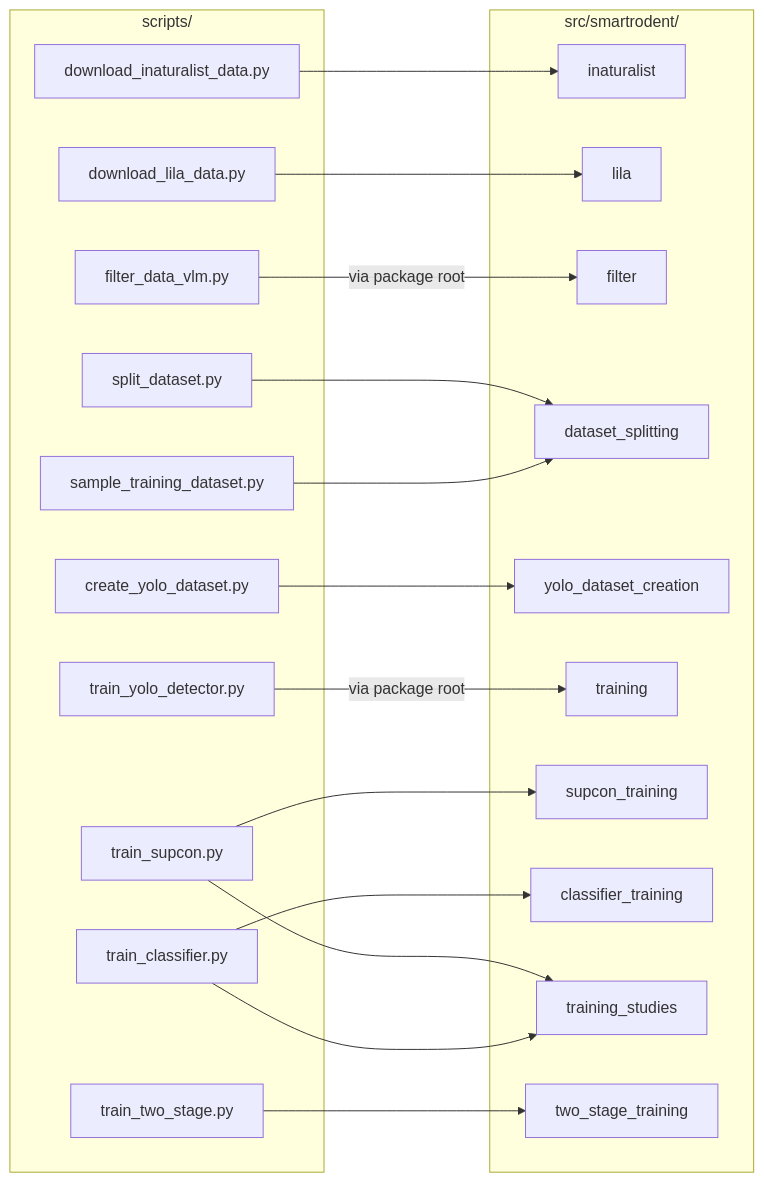
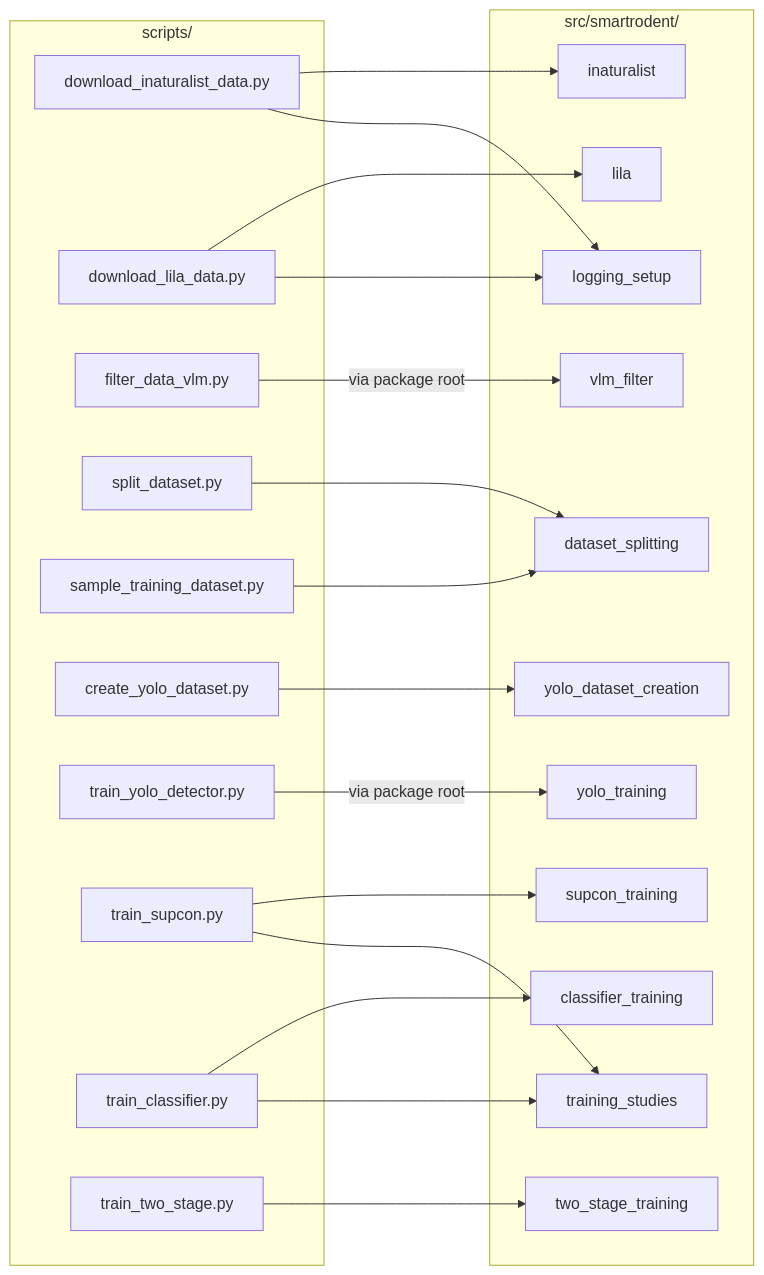
The first of 7 diagrams in README.md (ssciwr/smartrodent_experiments), drawn with Mermaid before and after one commit. The commit also changed other lines of this file and 33 other files, not shown here.

````diff
--- a/README.md
+++ b/README.md
@@ -152,41 +154,44 @@
 ```mermaid
 flowchart LR
     subgraph scripts["scripts/"]
         s_inat[download_inaturalist_data.py]
         s_lila[download_lila_data.py]
         s_filter[filter_data_vlm.py]
         s_split[split_dataset.py]
         s_sample[sample_training_dataset.py]
         s_yolo[create_yolo_dataset.py]
         s_det[train_yolo_detector.py]
         s_supcon[train_supcon.py]
         s_clf[train_classifier.py]
         s_two[train_two_stage.py]
     end
 
     subgraph lib["src/smartrodent/"]
         inaturalist
         lila
-        filter
+        vlm_filter
         dataset_splitting
         yolo_dataset_creation
-        training
+        yolo_training
         supcon_training
         classifier_training
         training_studies
         two_stage_training
+        logging_setup
     end
 
     s_inat --> inaturalist
+    s_inat --> logging_setup
     s_lila --> lila
-    s_filter -->|via package root| filter
+    s_lila --> logging_setup
+    s_filter -->|via package root| vlm_filter
     s_split --> dataset_splitting
     s_sample --> dataset_splitting
     s_yolo --> yolo_dataset_creation
-    s_det -->|via package root| training
+    s_det -->|via package root| yolo_training
     s_supcon --> supcon_training
     s_supcon --> training_studies
     s_clf --> classifier_training
     s_clf --> training_studies
     s_two --> two_stage_training
 ```
````
